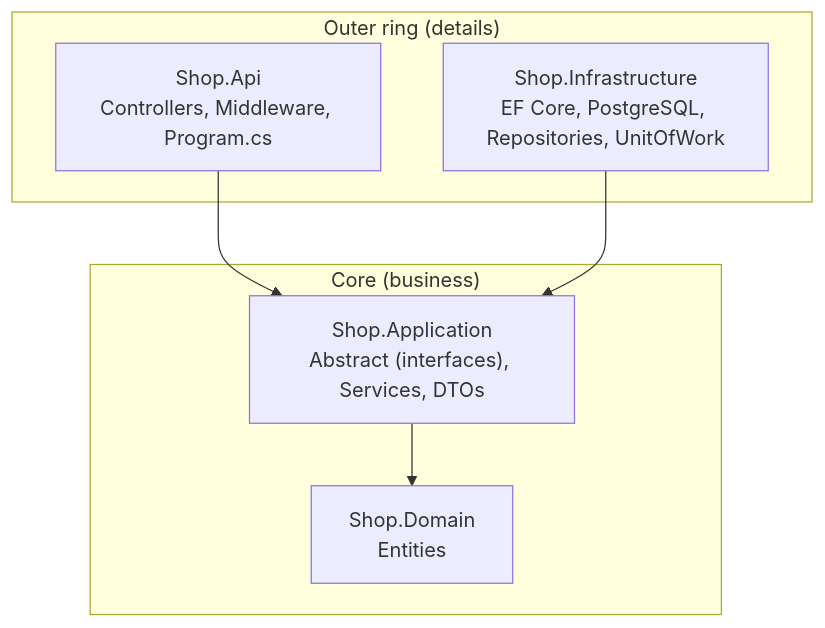
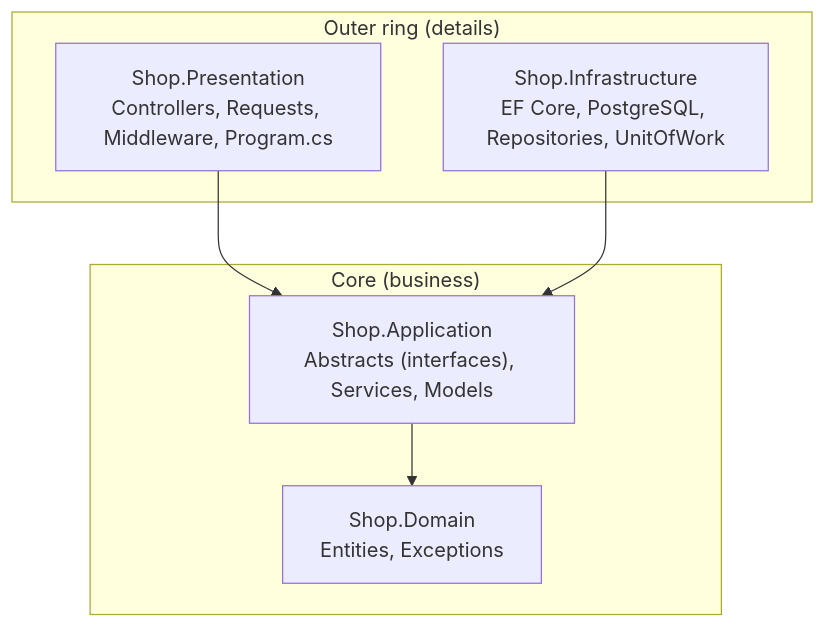
One commit to wesamkhateeb98-creator/clean-architecture-uow-repository changed the first of 5 diagrams in docs/03-clean-architecture.md. Above: the diagram before and after it, drawn with Mermaid. The commit also changed other lines of this file and 73 other files, not shown here.

Commit message:
refactor: align Shop.Demo with clean-architecture template (Abstracts, IEntity, CompleteAsync/Transaction, Presentation layer)

````diff
--- a/docs/03-clean-architecture.md
+++ b/docs/03-clean-architecture.md
@@ -7,14 +7,14 @@
 ```mermaid
 flowchart TB
     subgraph Outer["Outer ring (details)"]
-        Api["Shop.Api<br/>Controllers, Middleware, Program.cs"]
+        Pres["Shop.Presentation<br/>Controllers, Requests, Middleware, Program.cs"]
         Infra["Shop.Infrastructure<br/>EF Core, PostgreSQL, Repositories, UnitOfWork"]
     end
     subgraph Core["Core (business)"]
-        App["Shop.Application<br/>Abstract (interfaces), Services, DTOs"]
-        Dom["Shop.Domain<br/>Entities"]
+        App["Shop.Application<br/>Abstracts (interfaces), Services, Models"]
+        Dom["Shop.Domain<br/>Entities, Exceptions"]
     end
-    Api --> App
+    Pres --> App
     Infra --> App
     App --> Dom
 ```
````
